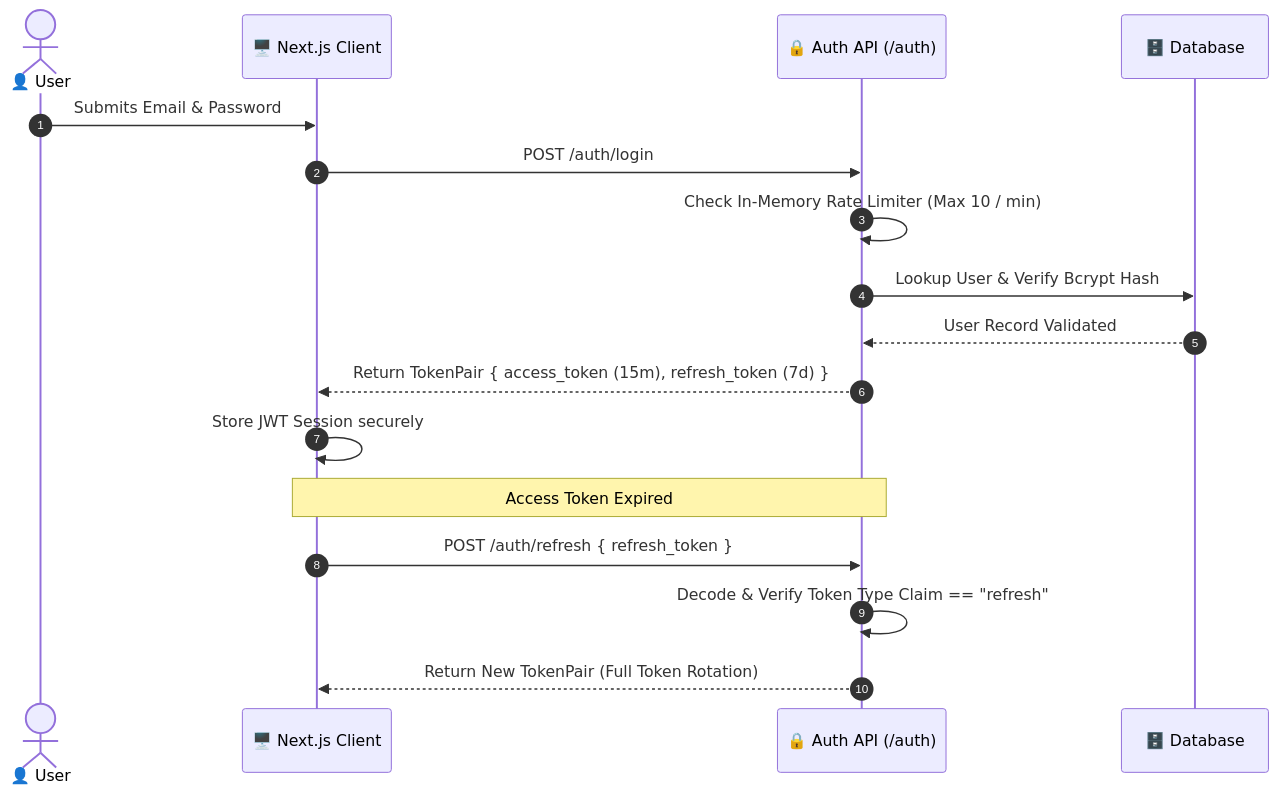
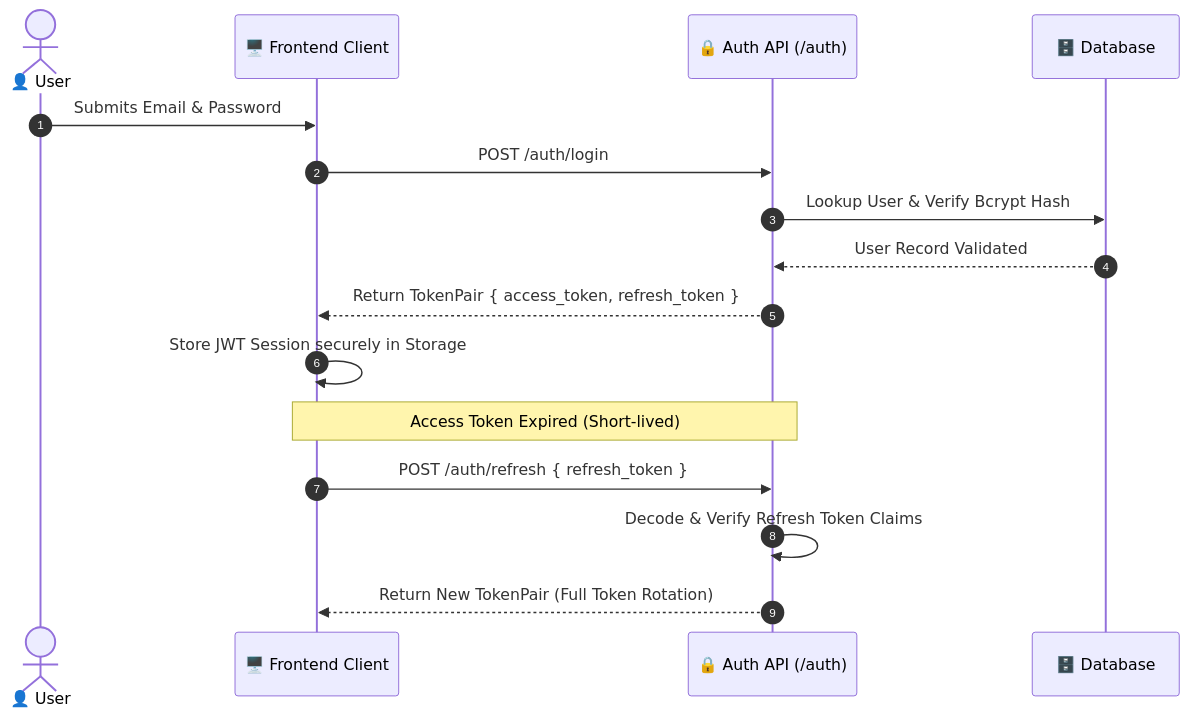
The fourth of 5 diagrams in README.md (oggigachad/dayflow), drawn with Mermaid before and after one commit. The commit also changed other lines of this file, not shown here.

````diff
--- a/README.md
+++ b/README.md
@@ -163,21 +166,20 @@
 ```mermaid
 sequenceDiagram
     autonumber
     actor User as 👤 User
-    participant App as 🖥️ Next.js Client
+    participant App as 🖥️ Frontend Client
     participant Auth as 🔒 Auth API (/auth)
-    participant DB as 🗄️ Database
+    participant Store as 🗄️ Database
 
     User->>App: Submits Email & Password
     App->>Auth: POST /auth/login
-    Auth->>Auth: Check In-Memory Rate Limiter (Max 10 / min)
-    Auth->>DB: Lookup User & Verify Bcrypt Hash
-    DB-->>Auth: User Record Validated
-    Auth-->>App: Return TokenPair { access_token (15m), refresh_token (7d) }
-    App->>App: Store JWT Session securely
+    Auth->>Store: Lookup User & Verify Bcrypt Hash
+    Store-->>Auth: User Record Validated
+    Auth-->>App: Return TokenPair { access_token, refresh_token }
+    App->>App: Store JWT Session securely in Storage
 
-    Note over App,Auth: Access Token Expired
+    Note over App,Auth: Access Token Expired (Short-lived)
     App->>Auth: POST /auth/refresh { refresh_token }
-    Auth->>Auth: Decode & Verify Token Type Claim == "refresh"
+    Auth->>Auth: Decode & Verify Refresh Token Claims
     Auth-->>App: Return New TokenPair (Full Token Rotation)
 ```
````
